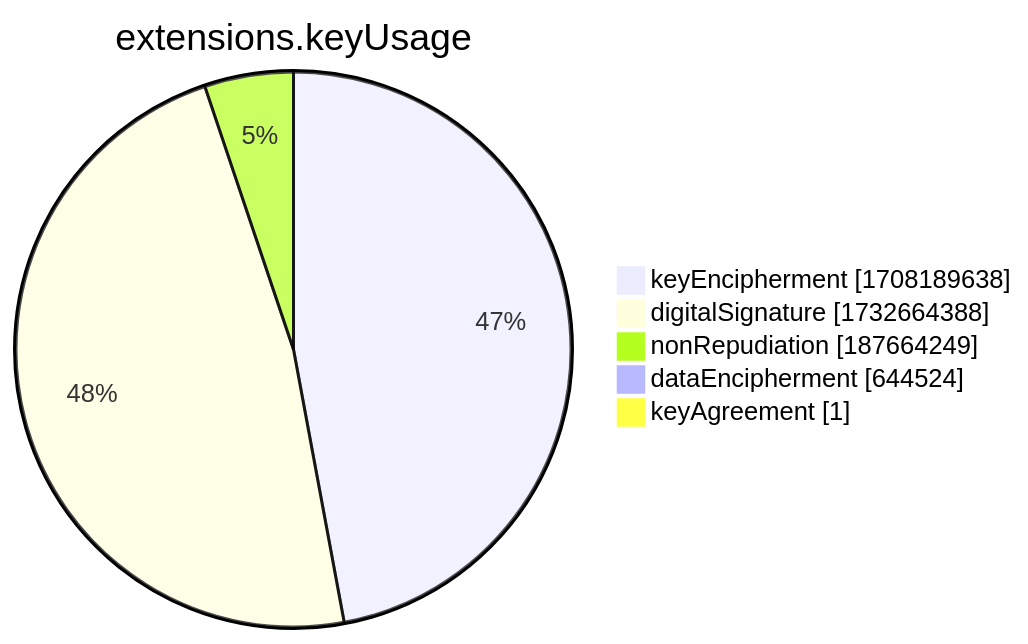
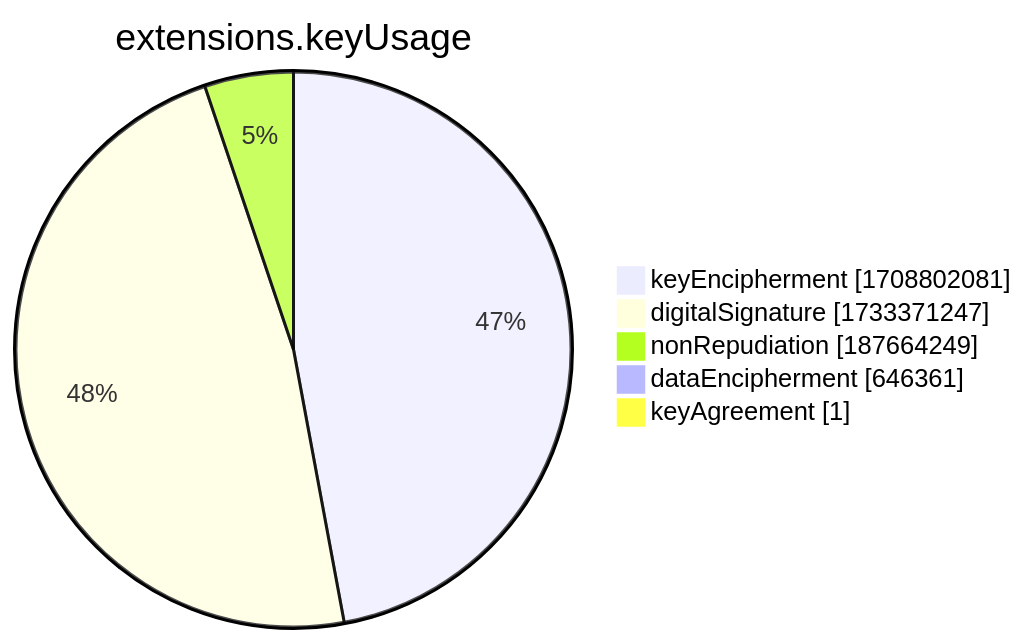
The seventh of 15 diagrams in xenon2022/README.md (christiankrug/ctmonitor_visualization), drawn with Mermaid before and after one commit. The commit also changed other lines of this file, not shown here.

````diff
--- a/xenon2022/README.md
+++ b/xenon2022/README.md
@@ -2858,9 +2858,9 @@
 ```mermaid
 pie showData
 title extensions.keyUsage
-"keyEncipherment" :1708189638
-"digitalSignature" :1732664388
+"keyEncipherment" :1708802081
+"digitalSignature" :1733371247
 "nonRepudiation" :187664249
-"dataEncipherment" :644524
+"dataEncipherment" :646361
 "keyAgreement" :1
 ```
````
